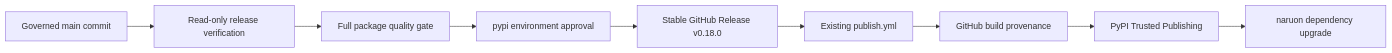
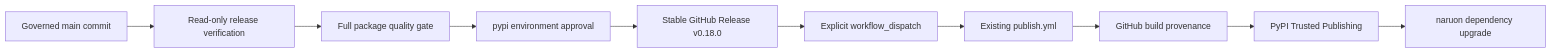
The diagram in docs/superpowers/specs/2026-08-06-governed-release-publication-design.md (ContextualWisdomLab/RankWeave), drawn with Mermaid before and after one commit. The commit also changed other lines of this file and 9 other files, not shown here.

````diff
--- a/docs/superpowers/specs/2026-08-06-governed-release-publication-design.md
+++ b/docs/superpowers/specs/2026-08-06-governed-release-publication-design.md
@@ -59,11 +59,12 @@
 ```mermaid
 flowchart LR
     M[Governed main commit] --> V[Read-only release verification]
     V --> Q[Full package quality gate]
     Q --> E[pypi environment approval]
     E --> R[Stable GitHub Release v0.18.0]
-    R --> P[Existing publish.yml]
+    R --> D[Explicit workflow_dispatch]
+    D --> P[Existing publish.yml]
     P --> A[GitHub build provenance]
     A --> Y[PyPI Trusted Publishing]
     Y --> C[naruon dependency upgrade]
 ```
````
